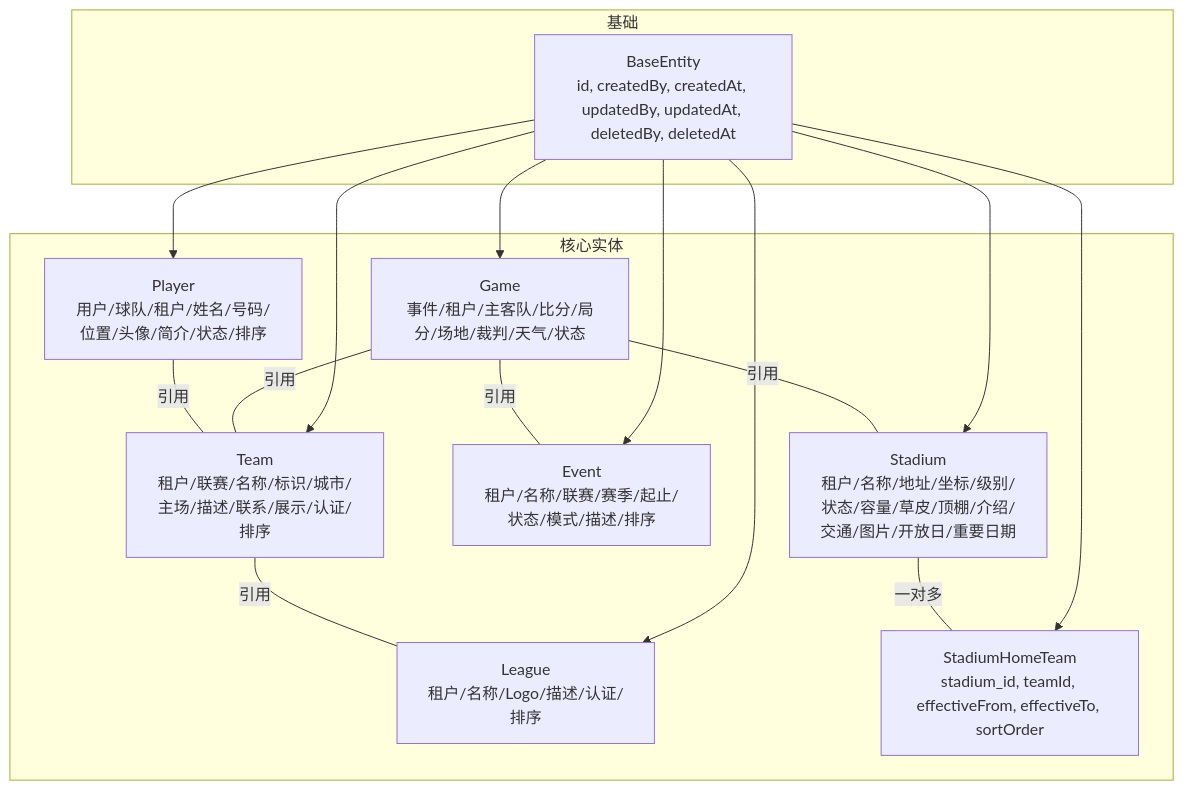
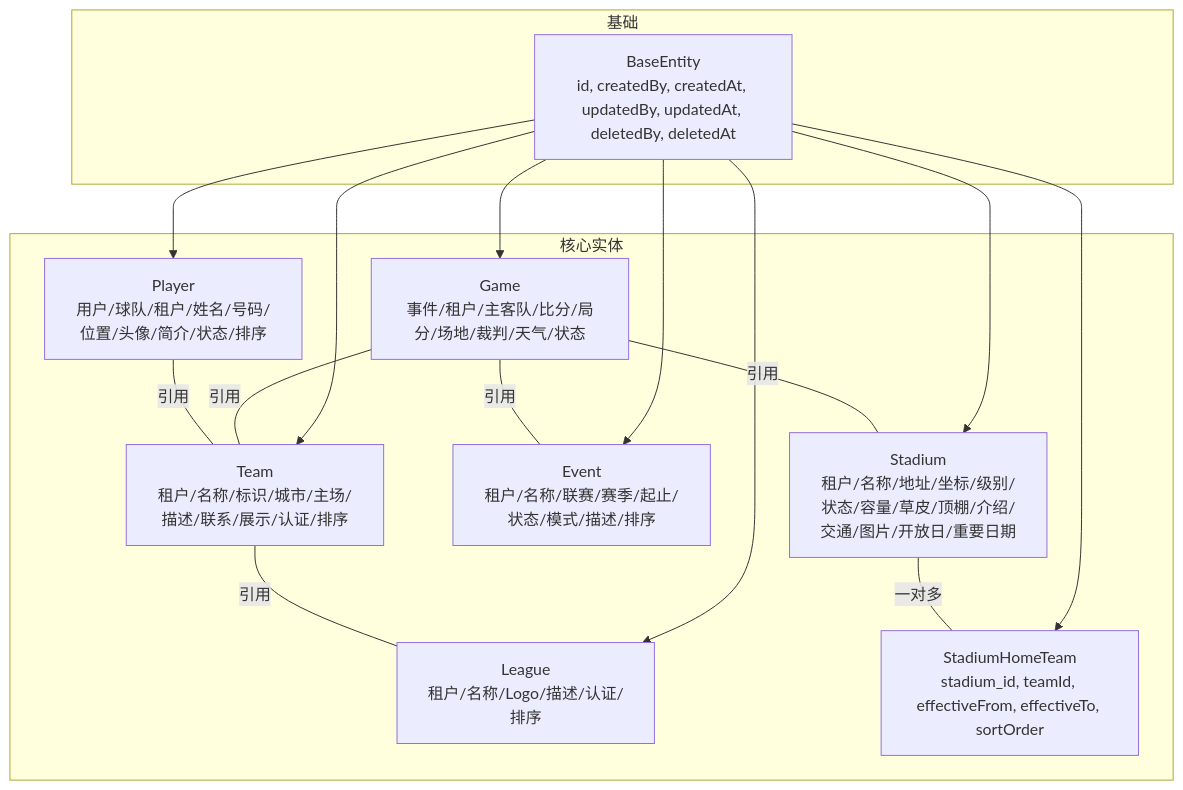
Before and after one commit to skvan/bsdone: the first of 6 diagrams in docs/tech/数据模型设计/核心业务实体/核心业务实体.md, drawn with Mermaid. The commit also changed other lines of this file and 46 other files, not shown here.

````diff
--- a/docs/tech/数据模型设计/核心业务实体/核心业务实体.md
+++ b/docs/tech/数据模型设计/核心业务实体/核心业务实体.md
@@ -29,28 +29,28 @@
 ```mermaid
 graph TB
 subgraph "基础"
 BE["BaseEntity<br/>id, createdBy, createdAt, updatedBy, updatedAt, deletedBy, deletedAt"]
 end
 subgraph "核心实体"
 G["Game<br/>事件/租户/主客队/比分/局分/场地/裁判/天气/状态"]
-T["Team<br/>租户/联赛/名称/标识/城市/主场/描述/联系/展示/认证/排序"]
+T["Team<br/>租户/名称/标识/城市/主场/描述/联系/展示/认证/排序"]
 P["Player<br/>用户/球队/租户/姓名/号码/位置/头像/简介/状态/排序"]
 E["Event<br/>租户/名称/联赛/赛季/起止/状态/模式/描述/排序"]
 L["League<br/>租户/名称/Logo/描述/认证/排序"]
 S["Stadium<br/>租户/名称/地址/坐标/级别/状态/容量/草皮/顶棚/介绍/交通/图片/开放日/重要日期"]
 SH["StadiumHomeTeam<br/>stadium_id, teamId, effectiveFrom, effectiveTo, sortOrder"]
 end
 BE --> G
 BE --> T
 BE --> P
 BE --> E
 BE --> L
 BE --> S
 BE --> SH
 G ---|引用| E
 G ---|引用| T
 G ---|引用| S
 T ---|引用| L
 P ---|引用| T
 S ---|一对多| SH
 ```
````
